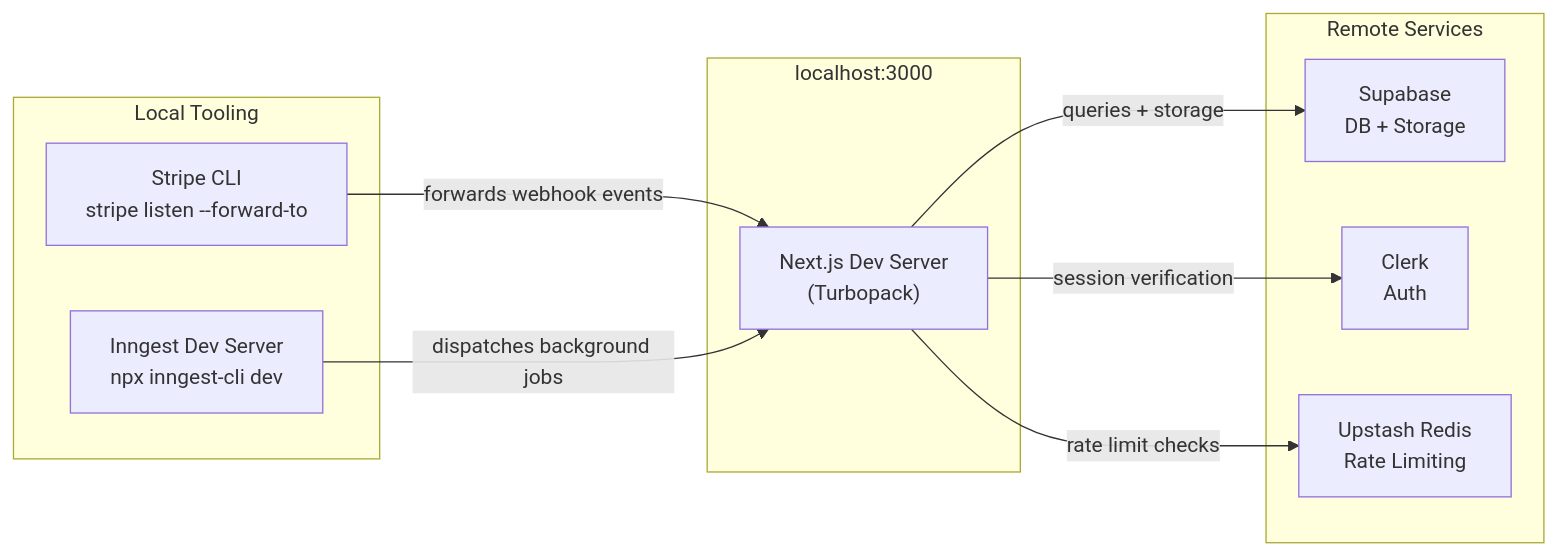
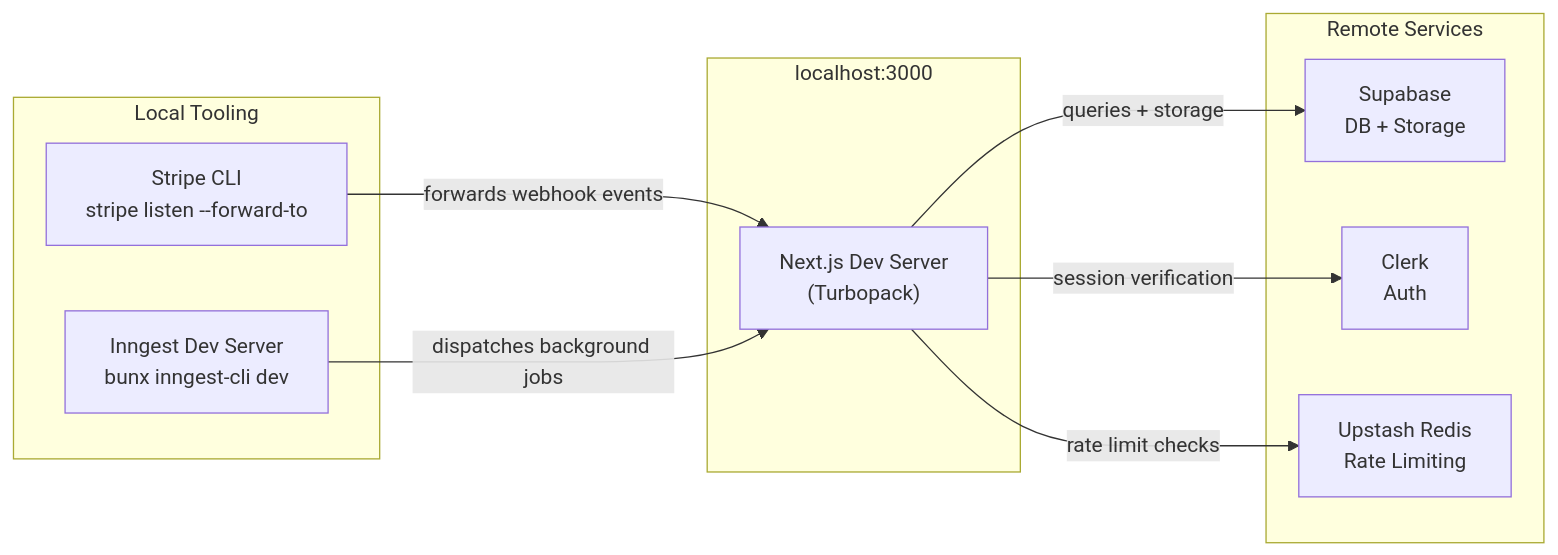
One commit to Andy00L/sharetopus changed the diagram in docs/DEVELOPMENT.md. Above: the diagram before and after it, drawn with Mermaid. The commit also changed other lines of this file and 3 other files, not shown here.

````diff
--- a/docs/DEVELOPMENT.md
+++ b/docs/DEVELOPMENT.md
@@ -35,23 +35,23 @@
 ```mermaid
 graph LR
     subgraph Local["localhost:3000"]
         App["Next.js Dev Server<br/>(Turbopack)"]
     end
 
     subgraph Remote["Remote Services"]
         Supabase["Supabase<br/>DB + Storage"]
         Clerk["Clerk<br/>Auth"]
         Upstash["Upstash Redis<br/>Rate Limiting"]
     end
 
     subgraph LocalTools["Local Tooling"]
         StripeCLI["Stripe CLI<br/>stripe listen --forward-to"]
-        InngestDev["Inngest Dev Server<br/>npx inngest-cli dev"]
+        InngestDev["Inngest Dev Server<br/>bunx inngest-cli dev"]
     end
 
     App -->|"queries + storage"| Supabase
     App -->|"session verification"| Clerk
     App -->|"rate limit checks"| Upstash
     StripeCLI -->|"forwards webhook events"| App
     InngestDev -->|"dispatches background jobs"| App
 ```
````
